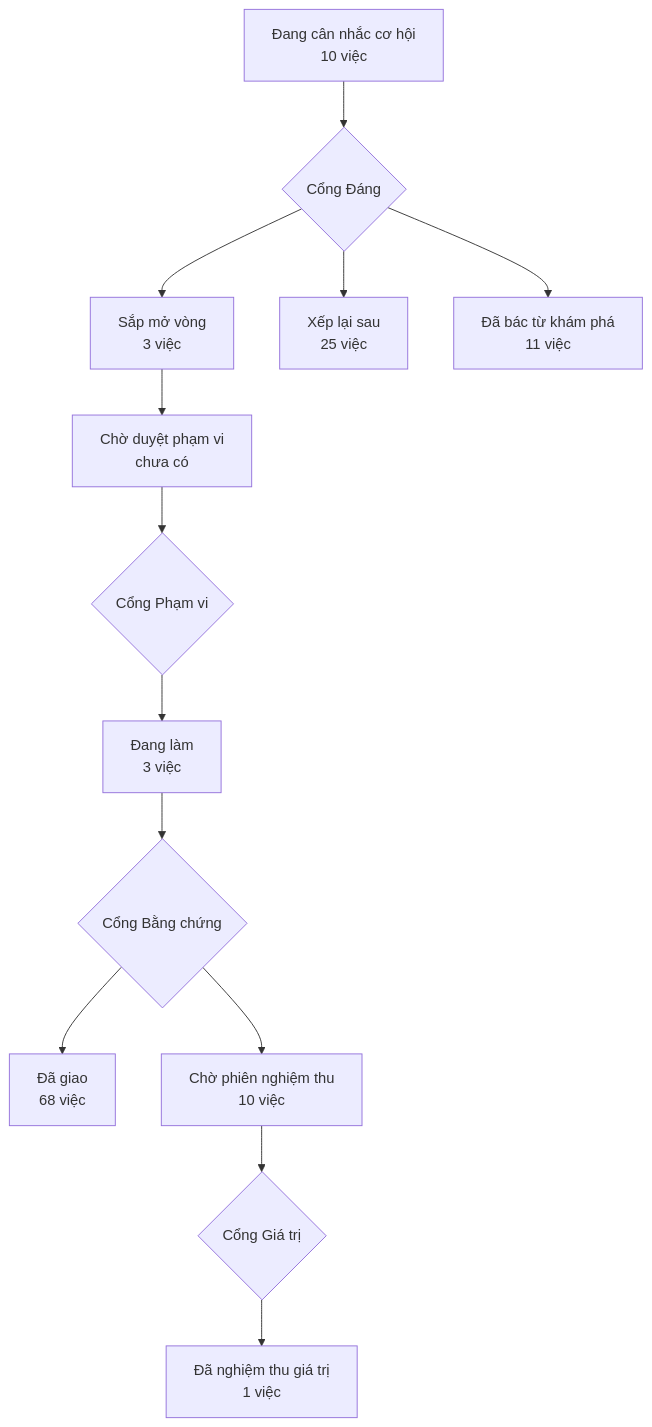
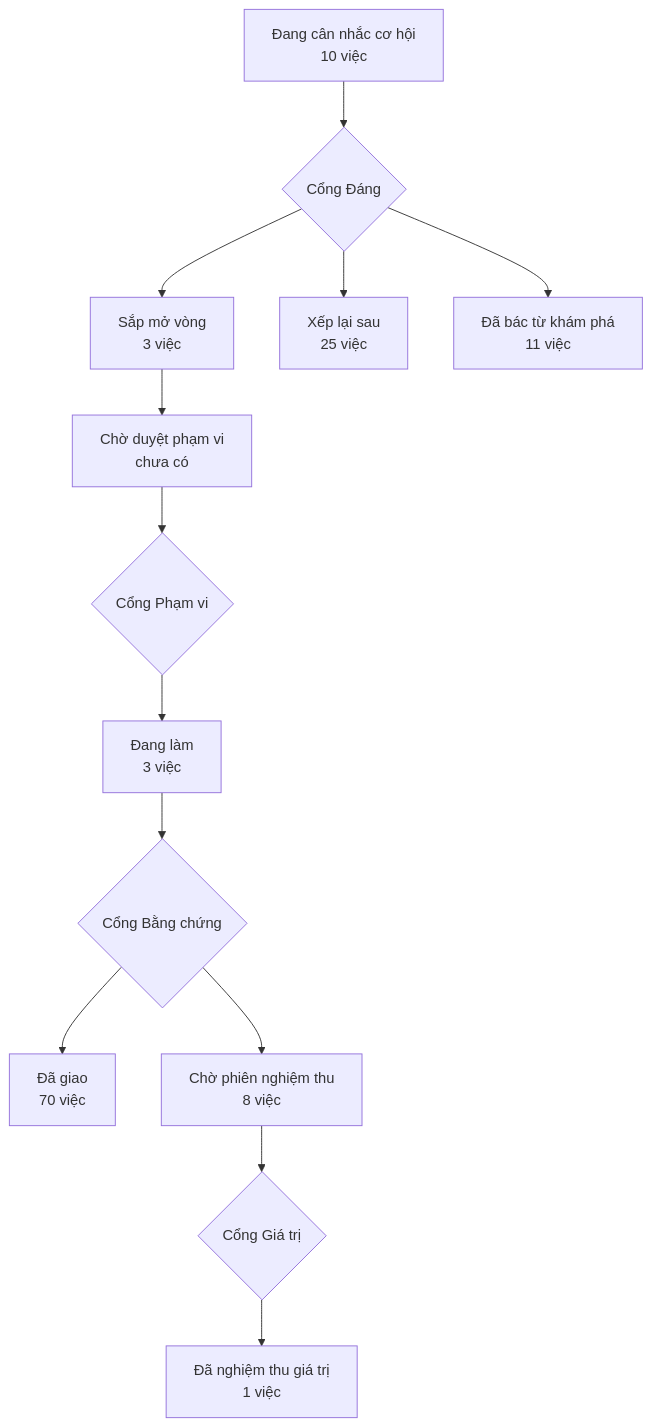
One commit to phanlemanh/acceptance-gate-kit changed the diagram in PRODUCT-MAP.md. Above: the diagram before and after it, drawn with Mermaid. The commit also changed other lines of this file and 2 other files, not shown here.

````diff
--- a/PRODUCT-MAP.md
+++ b/PRODUCT-MAP.md
@@ -6,12 +6,12 @@
 ```mermaid
 flowchart TD
   A["Đang cân nhắc cơ hội<br/>10 việc"] --> GD{"Cổng Đáng"}
   GD --> B["Sắp mở vòng<br/>3 việc"]
   GD --> XL["Xếp lại sau<br/>25 việc"]
   GD --> DB["Đã bác từ khám phá<br/>11 việc"]
   B --> CD["Chờ duyệt phạm vi<br/>chưa có"] --> GP{"Cổng Phạm vi"}
   GP --> DL["Đang làm<br/>3 việc"] --> GB{"Cổng Bằng chứng"}
-  GB --> DG["Đã giao<br/>68 việc"]
-  GB --> CN["Chờ phiên nghiệm thu<br/>10 việc"] --> GG{"Cổng Giá trị"}
+  GB --> DG["Đã giao<br/>70 việc"]
+  GB --> CN["Chờ phiên nghiệm thu<br/>8 việc"] --> GG{"Cổng Giá trị"}
   GG --> NT["Đã nghiệm thu giá trị<br/>1 việc"]
 ```
````
